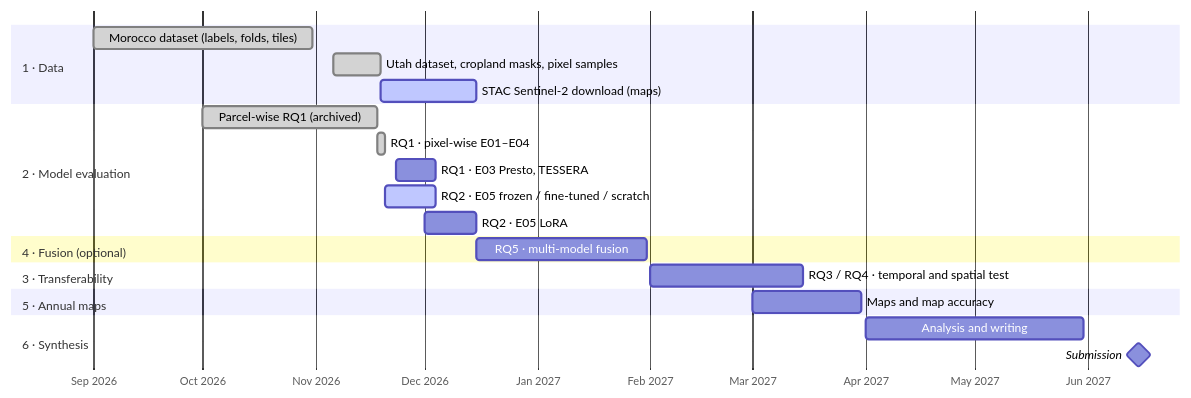
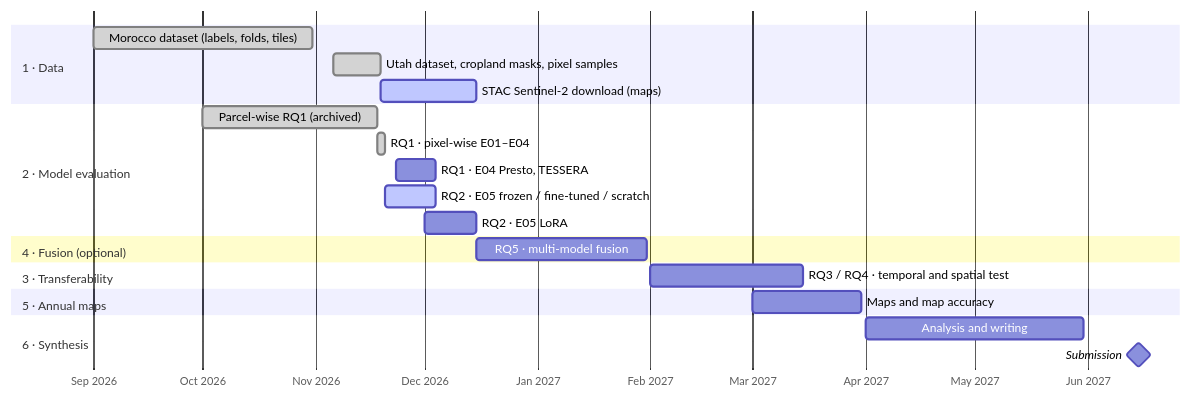
One commit to amanchry/irrimapping-geofm changed the diagram in docs/progress_report.md. Above: the diagram before and after it, drawn with Mermaid. The commit also changed other lines of this file and 123 other files, not shown here.

````diff
--- a/docs/progress_report.md
+++ b/docs/progress_report.md
@@ -25,24 +25,24 @@
 ```mermaid
 gantt
     dateFormat  YYYY-MM-DD
     axisFormat  %b %Y
     section 1 · Data
     Morocco dataset (labels, folds, tiles)      :done,   d1, 2026-09-01, 2026-10-31
     Utah dataset, cropland masks, pixel samples :done,   d2, 2026-11-06, 2026-11-19
     STAC Sentinel-2 download (maps)             :active, d3, 2026-11-19, 2026-12-15
     section 2 · Model evaluation
     Parcel-wise RQ1 (archived)                  :done,   r1, 2026-10-01, 2026-11-18
     RQ1 · pixel-wise E01–E04                    :done,   r2, 2026-11-18, 2026-11-20
-    RQ1 · E03 Presto, TESSERA                   :        r3, 2026-11-23, 2026-12-04
+    RQ1 · E04 Presto, TESSERA                   :        r3, 2026-11-23, 2026-12-04
     RQ2 · E05 frozen / fine-tuned / scratch     :active, f1, 2026-11-20, 2026-12-04
     RQ2 · E05 LoRA                              :        f2, 2026-12-01, 2026-12-15
     section 4 · Fusion (optional)
     RQ5 · multi-model fusion                    :        u1, 2026-12-15, 2027-01-31
     section 3 · Transferability
     RQ3 / RQ4 · temporal and spatial test       :        t1, 2027-02-01, 2027-03-15
     section 5 · Annual maps
     Maps and map accuracy                       :        m1, 2027-03-01, 2027-03-31
     section 6 · Synthesis
     Analysis and writing                        :        w1, 2027-04-01, 2027-05-31
     Submission                                  :milestone, w2, 2027-06-15, 0d
 ```
````
